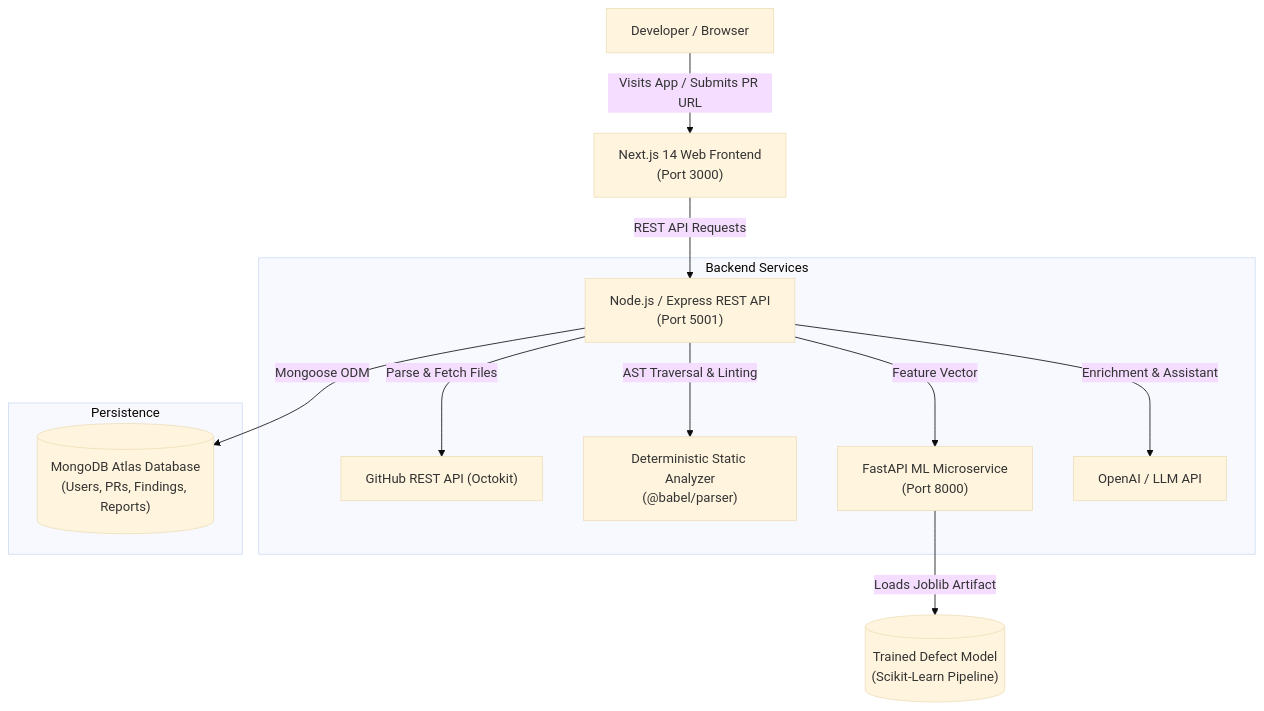
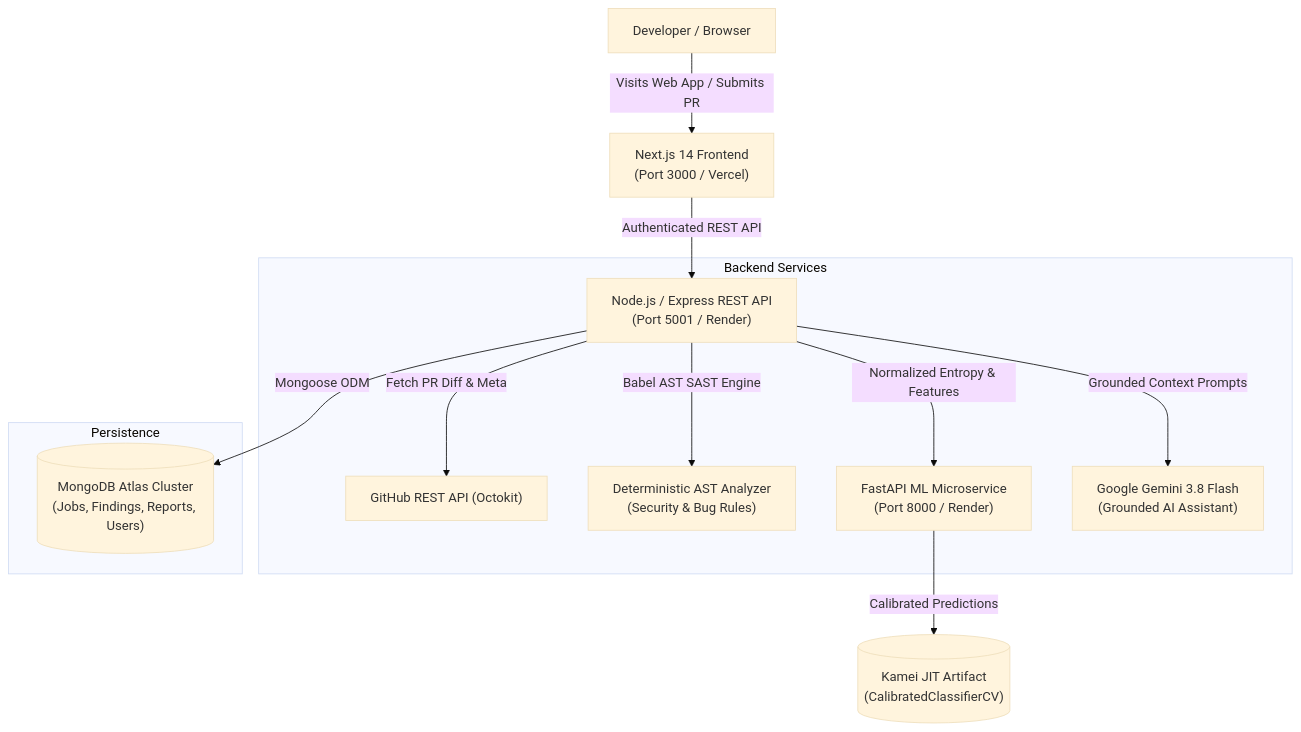
One commit to Fazlul105/CODESENSE-AI changed the diagram in README.md. Above: the diagram before and after it, drawn with Mermaid (base theme). The commit also changed other lines of this file and 42 other files, not shown here.

````diff
--- a/README.md
+++ b/README.md
@@ -47,18 +54,18 @@
 ```mermaid
 flowchart TD
-    User["Developer / Browser"] -->|Visits App / Submits PR URL| Web["Next.js 14 Web Frontend\n(Port 3000)"]
-    Web -->|REST API Requests| API["Node.js / Express REST API\n(Port 5001)"]
+    User["Developer / Browser"] -->|Visits Web App / Submits PR| Web["Next.js 14 Frontend\n(Port 3000 / Vercel)"]
+    Web -->|Authenticated REST API| API["Node.js / Express REST API\n(Port 5001 / Render)"]
     
     subgraph CoreBackend["Backend Services"]
-        API -->|Parse & Fetch Files| Octokit["GitHub REST API (Octokit)"]
-        API -->|AST Traversal & Linting| AST["Deterministic Static Analyzer\n(@babel/parser)"]
-        API -->|Feature Vector| ML["FastAPI ML Microservice\n(Port 8000)"]
-        API -->|Enrichment & Assistant| LLM["OpenAI / LLM API"]
+        API -->|Fetch PR Diff & Meta| Octokit["GitHub REST API (Octokit)"]
+        API -->|Babel AST SAST Engine| AST["Deterministic AST Analyzer\n(Security & Bug Rules)"]
+        API -->|Normalized Entropy & Features| ML["FastAPI ML Microservice\n(Port 8000 / Render)"]
+        API -->|Grounded Context Prompts| Gemini["Google Gemini 3.8 Flash\n(Grounded AI Assistant)"]
     end
 
     subgraph DataLayer["Persistence"]
-        API -->|Mongoose ODM| Mongo[("MongoDB Atlas Database\n(Users, PRs, Findings, Reports)")]
+        API -->|Mongoose ODM| Mongo[("MongoDB Atlas Cluster\n(Jobs, Findings, Reports, Users)")]
     end
 
-    ML -->|Loads Joblib Artifact| Model[("Trained Defect Model\n(Scikit-Learn Pipeline)")]
+    ML -->|Calibrated Predictions| Artifact[("Kamei JIT Artifact\n(CalibratedClassifierCV)")]
 ```
````
